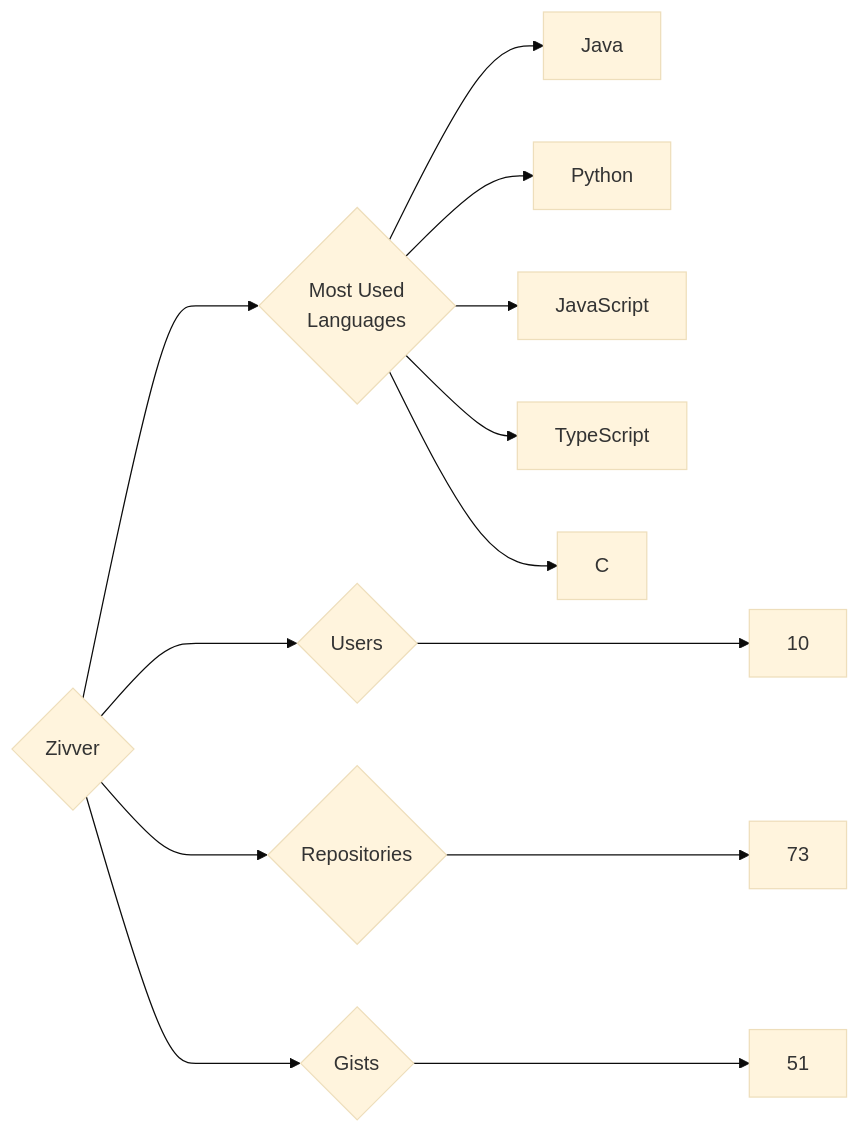
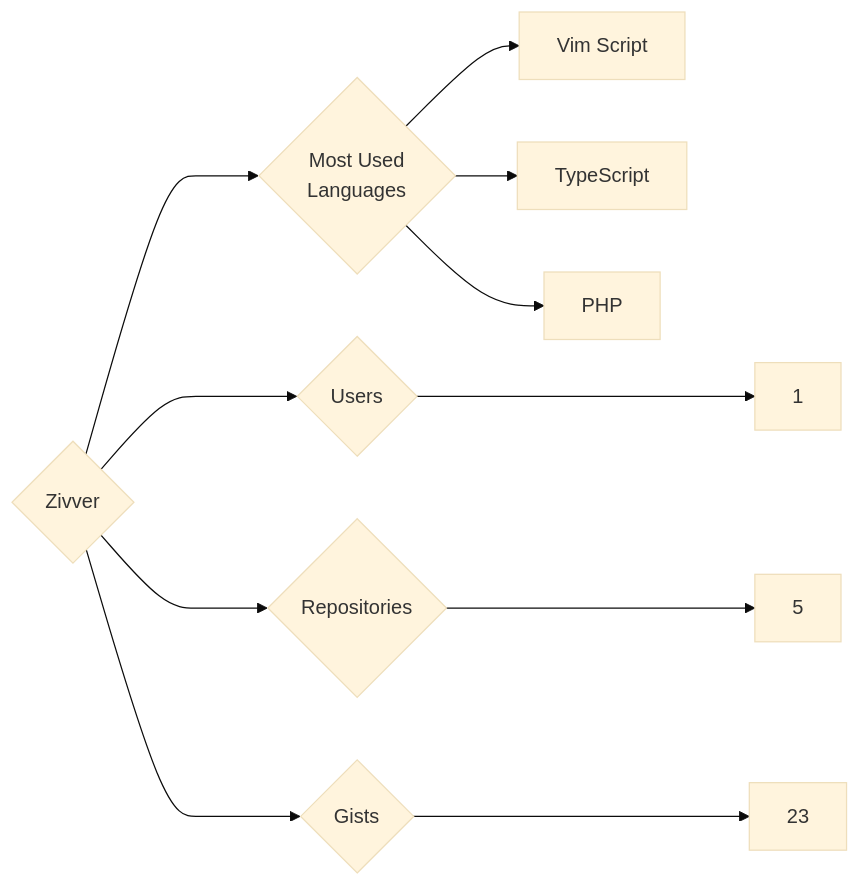
Before and after one commit to trickest/insiders: the diagram in targets/Zivver/README.md, drawn with Mermaid (base theme). The commit also changed 787 other files, not shown here.

````diff
--- a/targets/Zivver/README.md
+++ b/targets/Zivver/README.md
@@ -3,13 +3,11 @@
 ```mermaid
 graph LR
 COMPANY_NAME{Zivver}
-COMPANY_NAME ---> U{Users} ---> UN[10]
-COMPANY_NAME ---> R{Repositories} ---> RN[73]
-COMPANY_NAME ---> G{Gists} ---> GN[51]
+COMPANY_NAME ---> U{Users} ---> UN[1]
+COMPANY_NAME ---> R{Repositories} ---> RN[5]
+COMPANY_NAME ---> G{Gists} ---> GN[23]
 COMPANY_NAME ---> ML{Most Used<br>Languages}
-ML --> Java[Java]
-ML --> Python[Python]
-ML --> JavaScript[JavaScript]
+ML --> Vim_Script[Vim Script]
 ML --> TypeScript[TypeScript]
-ML --> C[C]
+ML --> PHP[PHP]
 ```
````
